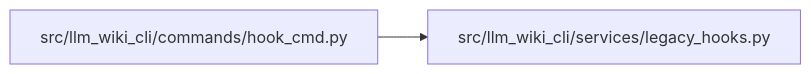
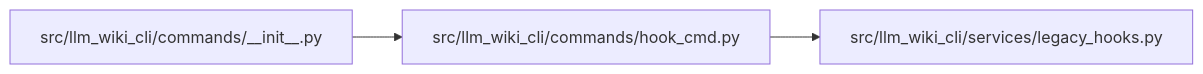
Before and after one commit to Denissvgn/python-wiki-llm: the diagram in docs/llm_wiki/modules/hook_cmd.md, drawn with Mermaid. The commit also changed other lines of this file and 554 other files, not shown here.

````diff
--- a/docs/llm_wiki/modules/hook_cmd.md
+++ b/docs/llm_wiki/modules/hook_cmd.md
@@ -20,8 +20,11 @@
 ```mermaid
 flowchart LR
-    n0["src/llm_wiki_cli/commands/hook_cmd.py"]
-    n1["src/llm_wiki_cli/services/legacy_hooks.py"]
+    n0["src/llm_wiki_cli/commands/__init__.py"]
+    n1["src/llm_wiki_cli/commands/hook_cmd.py"]
+    n2["src/llm_wiki_cli/services/legacy_hooks.py"]
     n0 --> n1
-    click n0 "../modules/hook_cmd.md"
-    click n1 "../modules/legacy_hooks.md"
+    n1 --> n2
+    click n0 "../modules/commands___init__.md"
+    click n1 "../modules/hook_cmd.md"
+    click n2 "../modules/legacy_hooks.md"
 ```
````
